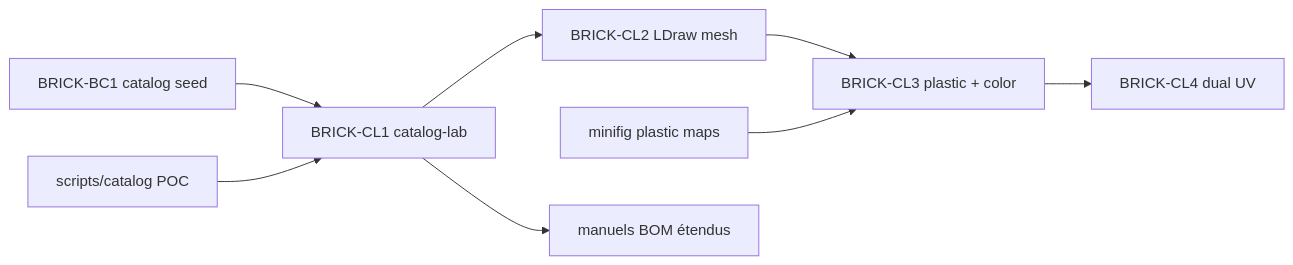
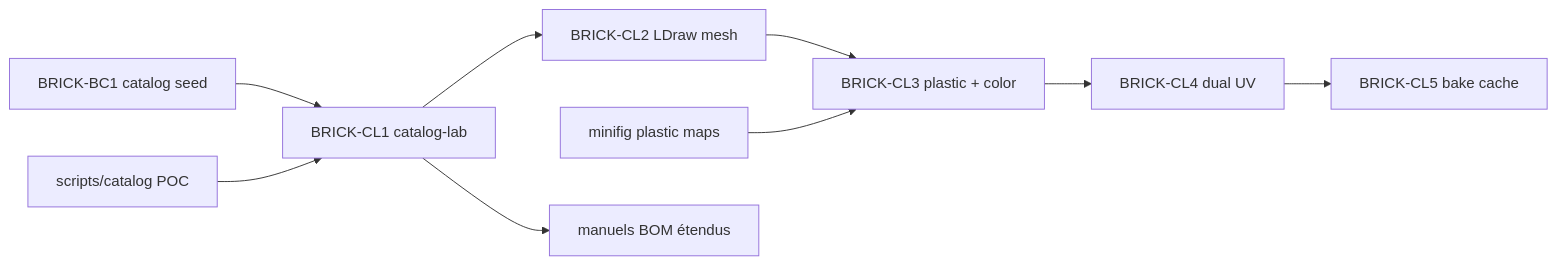
The sixth of 6 diagrams in docs/plans/catalog-lab.md (naanouff/Brick-Racer), drawn with Mermaid before and after one commit. The commit also changed other lines of this file and 6 other files, not shown here.

First line of the commit message:
docs: plan and sprint CL5 LDraw bake disk cache

````diff
--- a/docs/plans/catalog-lab.md
+++ b/docs/plans/catalog-lab.md
@@ -190,18 +240,20 @@
 ```mermaid
 flowchart LR
   BC1[BRICK-BC1 catalog seed]
   POC[scripts/catalog POC]
   MF3[minifig plastic maps]
   CL1[BRICK-CL1 catalog-lab]
   CL2[BRICK-CL2 LDraw mesh]
   CL3[BRICK-CL3 plastic + color]
   CL4[BRICK-CL4 dual UV]
+  CL5[BRICK-CL5 bake cache]
   Author[manuels BOM étendus]
   BC1 --> CL1
   POC --> CL1
   CL1 --> CL2
   CL2 --> CL3
   MF3 --> CL3
   CL3 --> CL4
+  CL4 --> CL5
   CL1 --> Author
 ```
````
